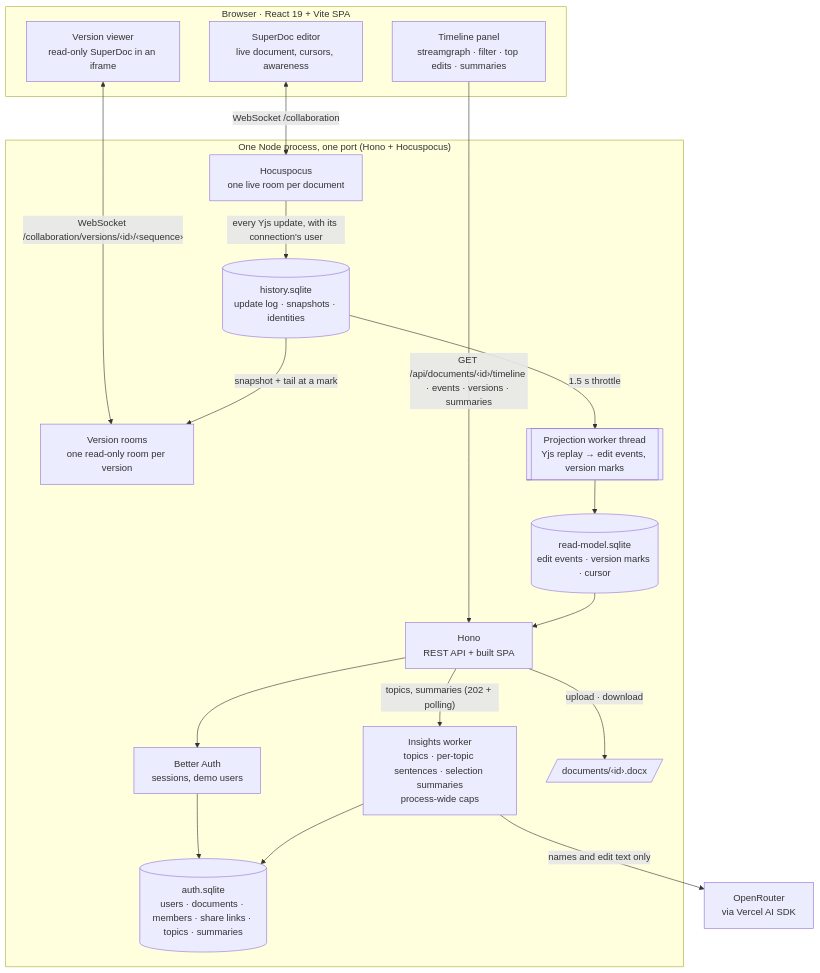
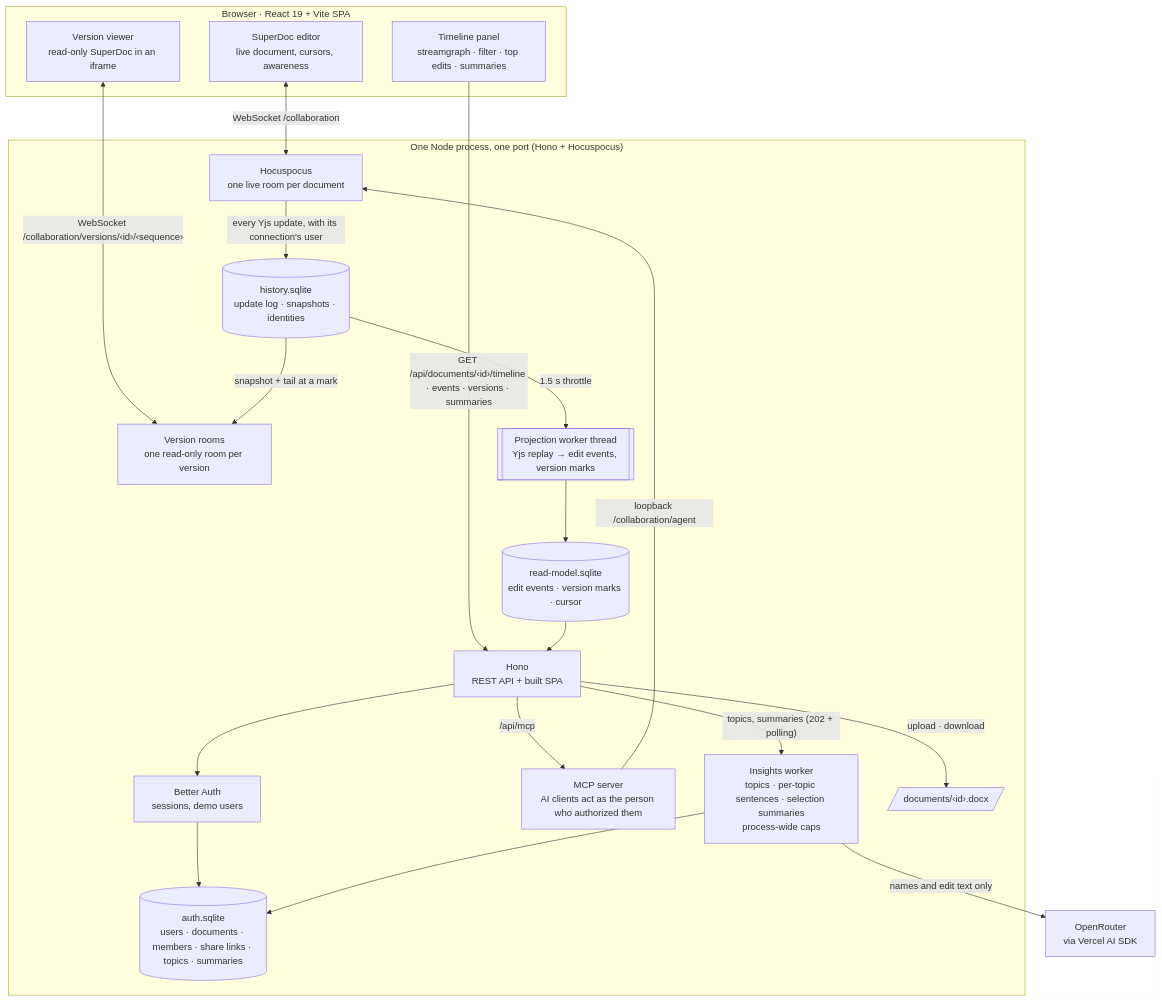
One commit to dhyegocalota/superdoc-collab changed the diagram in docs/architecture.md. Above: the diagram before and after it, drawn with Mermaid. The commit also changed other lines of this file and 7 other files, not shown here.

Commit message:
docs(architecture-docs-review): bring architecture, install, credits and READMEs in line with the code

````diff
--- a/docs/architecture.md
+++ b/docs/architecture.md
@@ -7,36 +7,39 @@
 ```mermaid
 flowchart TB
   subgraph browser["Browser · React 19 + Vite SPA"]
     editor["SuperDoc editor<br/>live document, cursors, awareness"]
     viewer["Version viewer<br/>read-only SuperDoc in an iframe"]
     panel["Timeline panel<br/>streamgraph · filter · top edits · summaries"]
   end
 
   subgraph server["One Node process, one port (Hono + Hocuspocus)"]
     hono["Hono<br/>REST API + built SPA"]
     auth["Better Auth<br/>sessions, demo users"]
     hocus["Hocuspocus<br/>one live room per document"]
     rooms["Version rooms<br/>one read-only room per version"]
+    mcp["MCP server<br/>AI clients act as the person who authorized them"]
     worker[["Projection worker thread<br/>Yjs replay → edit events, version marks"]]
     insights["Insights worker<br/>topics · per-topic sentences · selection summaries<br/>process-wide caps"]
     log[("history.sqlite<br/>update log · snapshots · identities")]
     read[("read-model.sqlite<br/>edit events · version marks · cursor")]
     authDb[("auth.sqlite<br/>users · documents · members · share links · topics · summaries")]
     files[/"documents/‹id›.docx"/]
   end
 
   llm["OpenRouter<br/>via Vercel AI SDK"]
 
   editor <-- "WebSocket /collaboration" --> hocus
   viewer <-- "WebSocket /collaboration/versions/‹id›/‹sequence›" --> rooms
   panel -- "GET /api/documents/‹id›/timeline · events · versions · summaries" --> hono
   hono --> auth --> authDb
+  hono -- "/api/mcp" --> mcp
+  mcp -- "loopback /collaboration/agent" --> hocus
   hono -- "upload · download" --> files
   hocus -- "every Yjs update, with its connection's user" --> log
   log -- "1.5 s throttle" --> worker --> read
   read --> hono
   log -- "snapshot + tail at a mark" --> rooms
   hono -- "topics, summaries (202 + polling)" --> insights
   insights -- "names and edit text only" --> llm
   insights --> authDb
 ```
````
